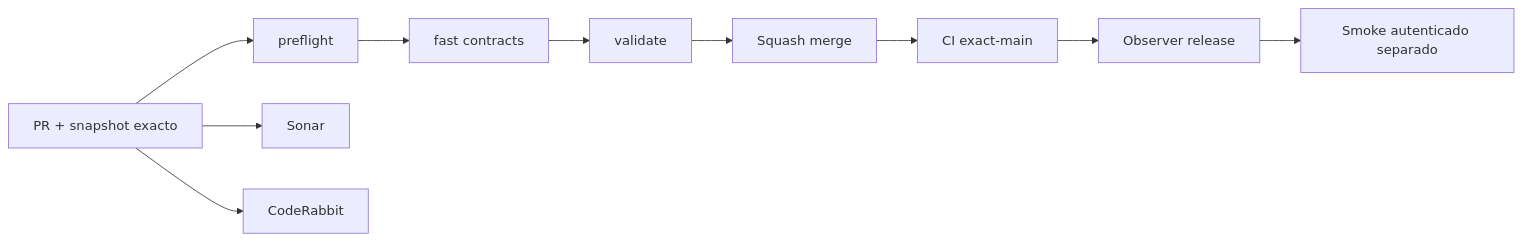
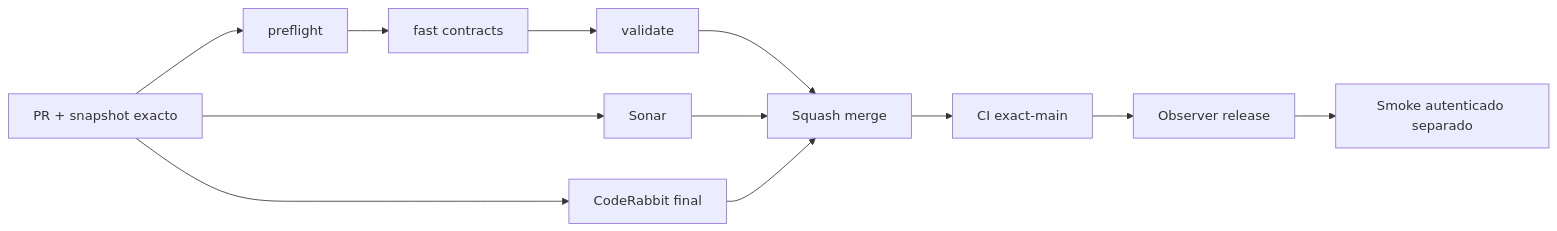
Before and after one commit to pl0n3r/GrindFlow: the diagram in README.md, drawn with Mermaid. The commit also changed other lines of this file, not shown here.

````diff
--- a/README.md
+++ b/README.md
@@ -47,12 +47,14 @@
 ```mermaid
 flowchart LR
  A["PR + snapshot exacto"] --> P["preflight"]
  P --> F["fast contracts"]
  F --> V["validate"]
  A --> S["Sonar"]
- A --> C["CodeRabbit"]
+ A --> C["CodeRabbit final"]
  V --> M["Squash merge"]
+ S --> M
+ C --> M
  M --> X["CI exact-main"]
  X --> O["Observer release"]
  O --> T["Smoke autenticado separado"]
 ```
````
